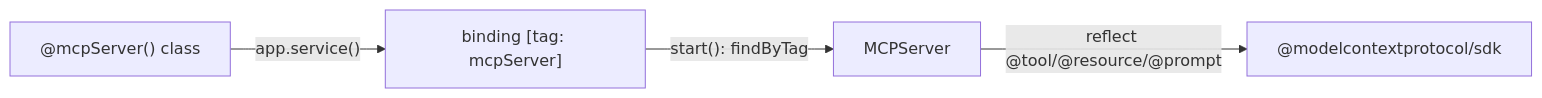
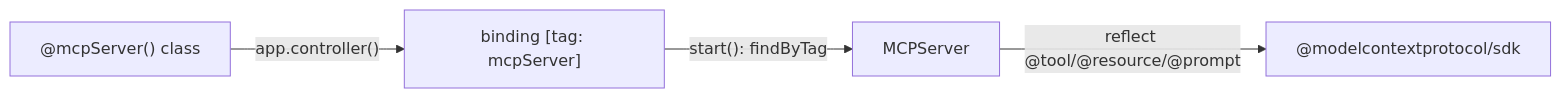
Before and after one commit to ninemindai/agentback: the diagram in docs/guides/build-an-mcp-server.md, drawn with Mermaid. The commit also changed other lines of this file and 6 other files, not shown here.

````diff
--- a/docs/guides/build-an-mcp-server.md
+++ b/docs/guides/build-an-mcp-server.md
@@ -154,6 +161,6 @@
 ```mermaid
 graph LR
-  D["@mcpServer() class"] -->|"app.service()"| B["binding [tag: mcpServer]"]
+  D["@mcpServer() class"] -->|"app.controller()"| B["binding [tag: mcpServer]"]
   B -->|"start(): findByTag"| M["MCPServer"]
   M -->|reflect @tool/@resource/@prompt| SDK["@modelcontextprotocol/sdk"]
 ```
````
